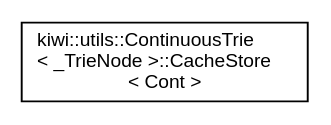
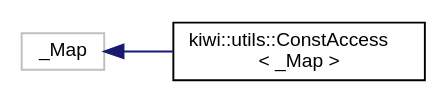
The diagram in inherit_graph_82.dot (bab2min/Kiwi), drawn with Graphviz before and after one commit. The commit also changed 205 other files, not shown here.

```diff
--- a/inherit_graph_82.dot
+++ b/inherit_graph_82.dot
@@ -1,8 +1,10 @@
 digraph "Graphical Class Hierarchy"
 {
  // LATEX_PDF_SIZE
   edge [fontname="Helvetica",fontsize="10",labelfontname="Helvetica",labelfontsize="10"];
   node [fontname="Helvetica",fontsize="10",shape=record];
   rankdir="LR";
-  Node0 [label="kiwi::utils::ContinuousTrie\l\< _TrieNode \>::CacheStore\l\< Cont \>",height=0.2,width=0.4,color="black", fillcolor="white", style="filled",URL="$structkiwi_1_1utils_1_1ContinuousTrie_1_1CacheStore.html",tooltip=" "];
+  Node1 [label="_Map",height=0.2,width=0.4,color="grey75", fillcolor="white", style="filled",tooltip=" "];
+  Node1 -> Node0 [dir="back",color="midnightblue",fontsize="10",style="solid",fontname="Helvetica"];
+  Node0 [label="kiwi::utils::ConstAccess\l\< _Map \>",height=0.2,width=0.4,color="black", fillcolor="white", style="filled",URL="$classkiwi_1_1utils_1_1ConstAccess.html",tooltip=" "];
 }
```
